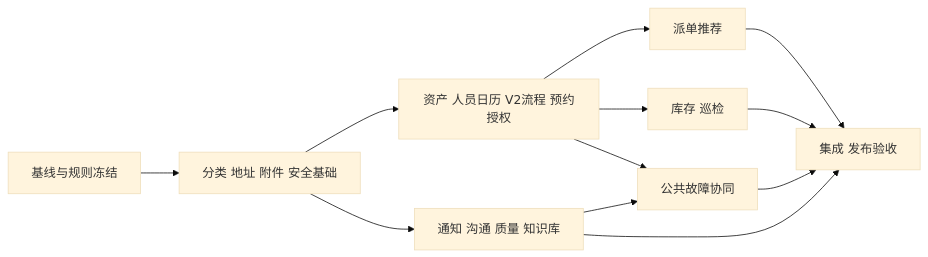
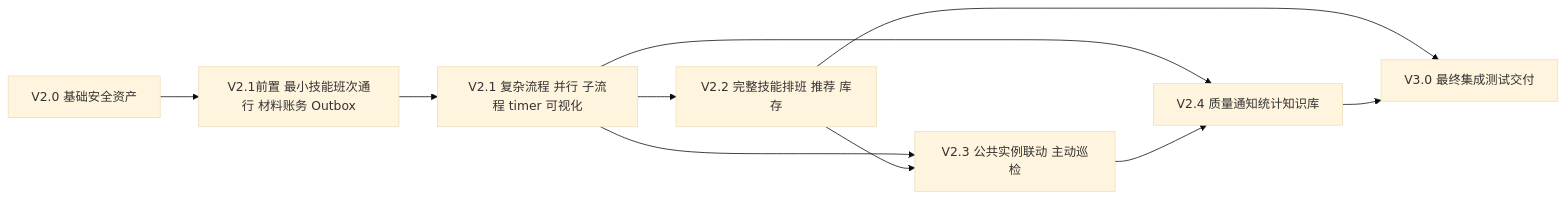
The diagram in docs/v2-design/10-分阶段开发与验收计划.md (XinyuLiu-SCU/dorm-repair), drawn with Mermaid (base theme) before and after one commit. The commit also changed other lines of this file and 18 other files, not shown here.

````diff
--- a/docs/v2-design/10-分阶段开发与验收计划.md
+++ b/docs/v2-design/10-分阶段开发与验收计划.md
@@ -9,14 +9,12 @@
 ```mermaid
 flowchart LR
- P0[基线与规则冻结] --> P1[分类 地址 附件 安全基础]
- P1 --> P2[资产 人员日历 V2流程 预约授权]
- P2 --> P3[派单推荐]
- P2 --> P4[库存 巡检]
- P1 --> P5[通知 沟通 质量 知识库]
- P2 --> P6[公共故障协同]
- P5 --> P6
- P3 --> R[集成 发布验收]
- P4 --> R
- P5 --> R
- P6 --> R
+ V20[V2.0 基础安全资产] --> PRE[V2.1前置 最小技能班次通行 材料账务 Outbox]
+ PRE --> V21[V2.1 复杂流程 并行 子流程 timer 可视化]
+ V21 --> V22[V2.2 完整技能排班 推荐 库存]
+ V21 --> V23[V2.3 公共实例联动 主动巡检]
+ V22 --> V23
+ V21 --> V24[V2.4 质量通知统计知识库]
+ V23 --> V24
+ V22 --> V30[V3.0 最终集成测试交付]
+ V24 --> V30
 ```
````
